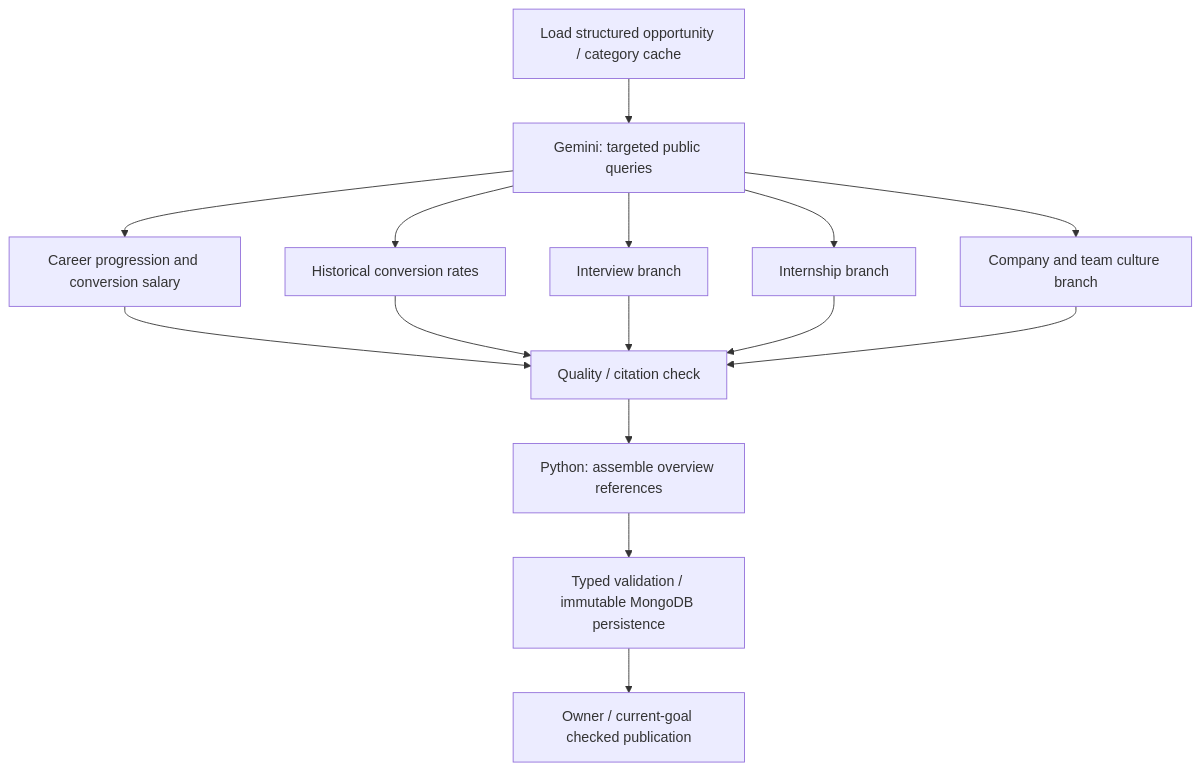
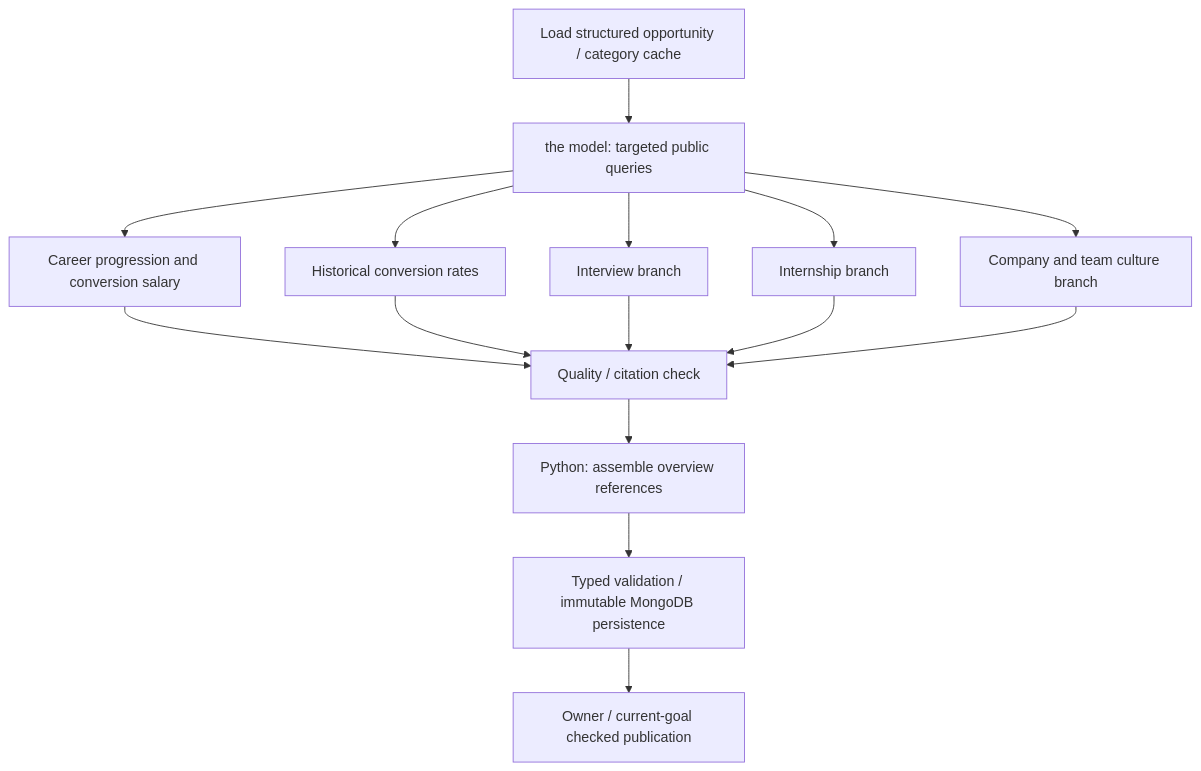
One commit to bryan034/coachify changed the diagram in services/career-service/OPPORTUNITY_INTELLIGENCE.md. Above: the diagram before and after it, drawn with Mermaid. The commit also changed other lines of this file and 200 other files, not shown here.

````diff
--- a/services/career-service/OPPORTUNITY_INTELLIGENCE.md
+++ b/services/career-service/OPPORTUNITY_INTELLIGENCE.md
@@ -21,17 +21,17 @@
 ```mermaid
 flowchart TD
-  A[Load structured opportunity / category cache] --> B[Gemini: targeted public queries]
+  A[Load structured opportunity / category cache] --> B[the model: targeted public queries]
   B --> C[Interview branch]
   B --> D[Internship branch]
   B --> E[Company and team culture branch]
   B --> P[Career progression and conversion salary]
   B --> R[Historical conversion rates]
   P --> F
   R --> F
   C --> F[Quality / citation check]
   D --> F
   E --> F
   F --> G[Python: assemble overview references]
   G --> H[Typed validation / immutable MongoDB persistence]
   H --> I[Owner / current-goal checked publication]
 ```
````
